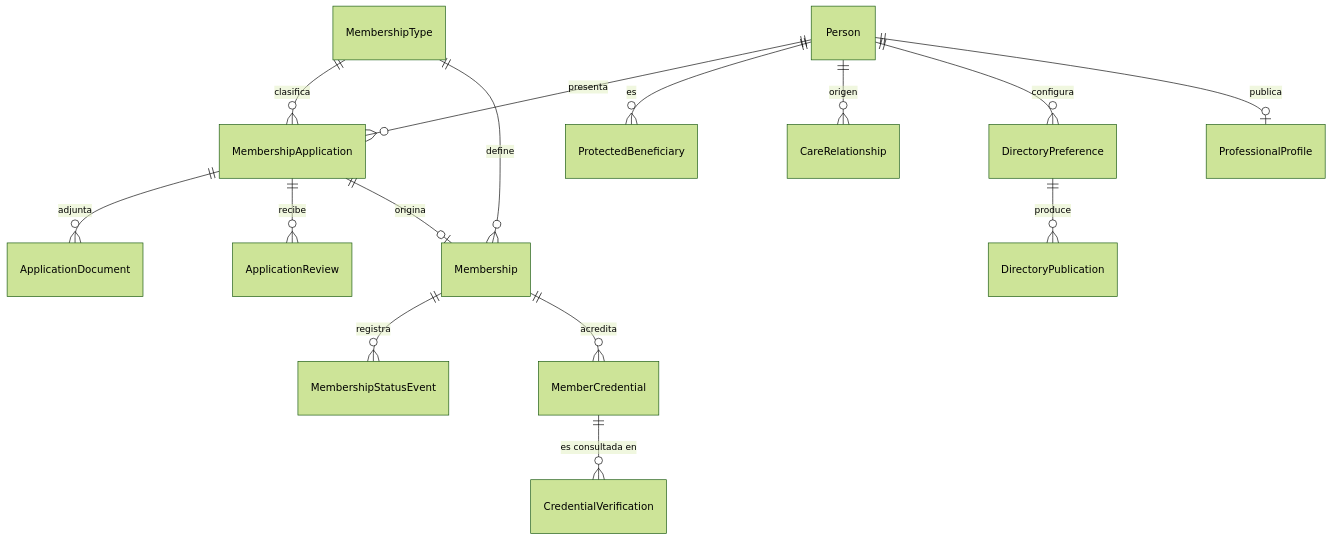
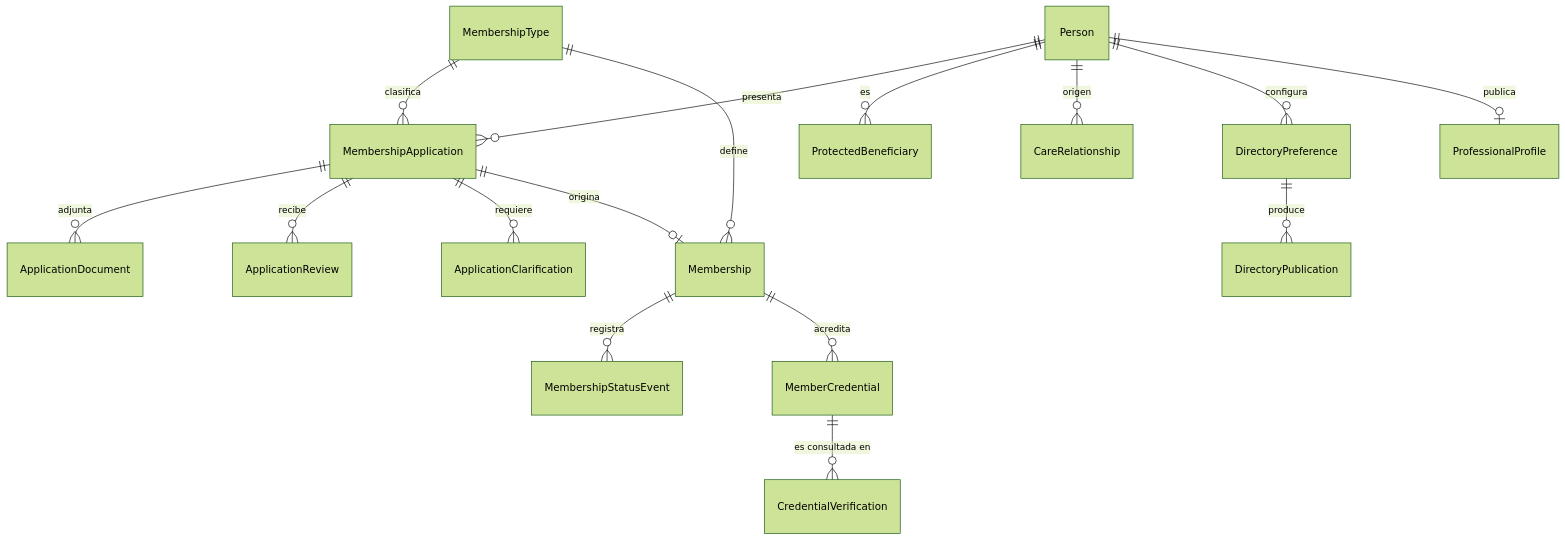
One commit to Alianza-Indigo/fuerza_indigo changed the second of 11 diagrams in docs/DATA_MODEL.md. Above: the diagram before and after it, drawn with Mermaid (forest theme). The commit also changed other lines of this file and 25 other files, not shown here.

````diff
--- a/docs/DATA_MODEL.md
+++ b/docs/DATA_MODEL.md
@@ -143,17 +143,18 @@
 ```mermaid
 erDiagram
     Person ||--o{ MembershipApplication : "presenta"
     MembershipType ||--o{ MembershipApplication : "clasifica"
     MembershipApplication ||--o{ ApplicationDocument : "adjunta"
     MembershipApplication ||--o{ ApplicationReview : "recibe"
+    MembershipApplication ||--o{ ApplicationClarification : "requiere"
     MembershipApplication ||--o| Membership : "origina"
     MembershipType ||--o{ Membership : "define"
     Membership ||--o{ MembershipStatusEvent : "registra"
     Membership ||--o{ MemberCredential : "acredita"
     MemberCredential ||--o{ CredentialVerification : "es consultada en"
     Person ||--o{ ProtectedBeneficiary : "es"
     Person ||--o{ CareRelationship : "origen"
     Person ||--o{ DirectoryPreference : "configura"
     DirectoryPreference ||--o{ DirectoryPublication : "produce"
     Person ||--o| ProfessionalProfile : "publica"
 ```
````
